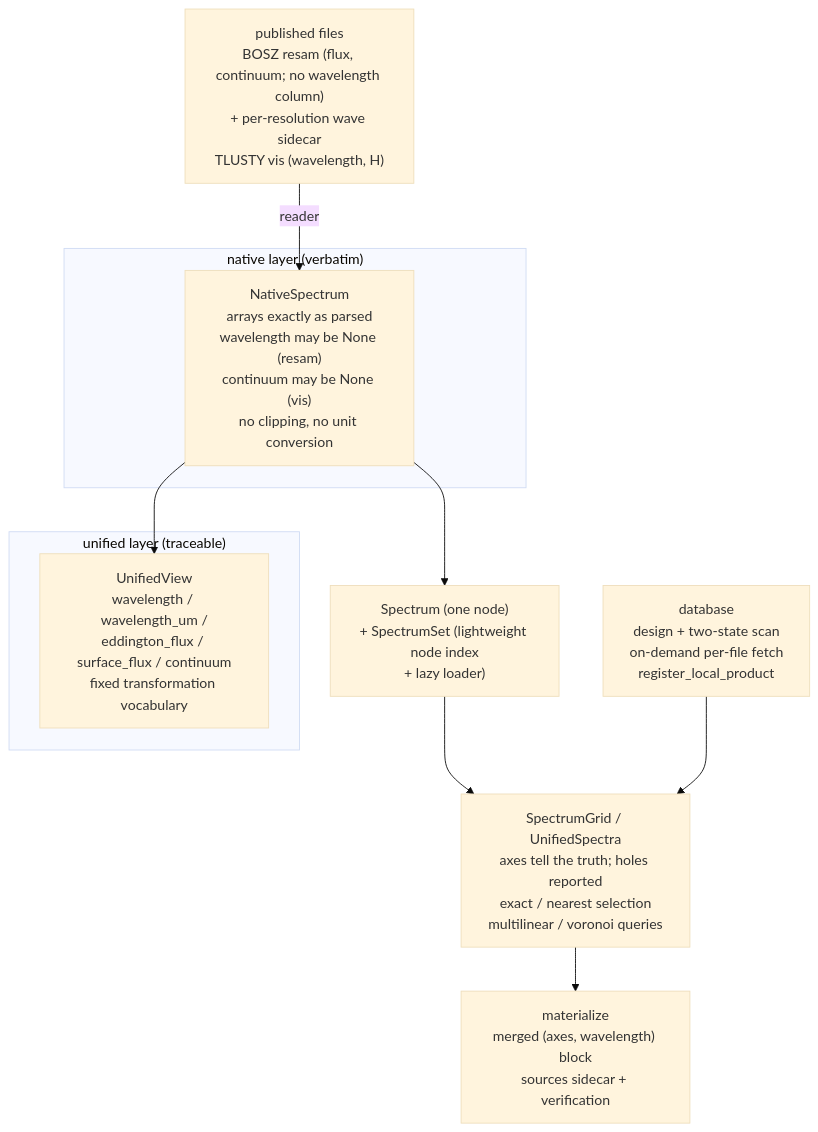
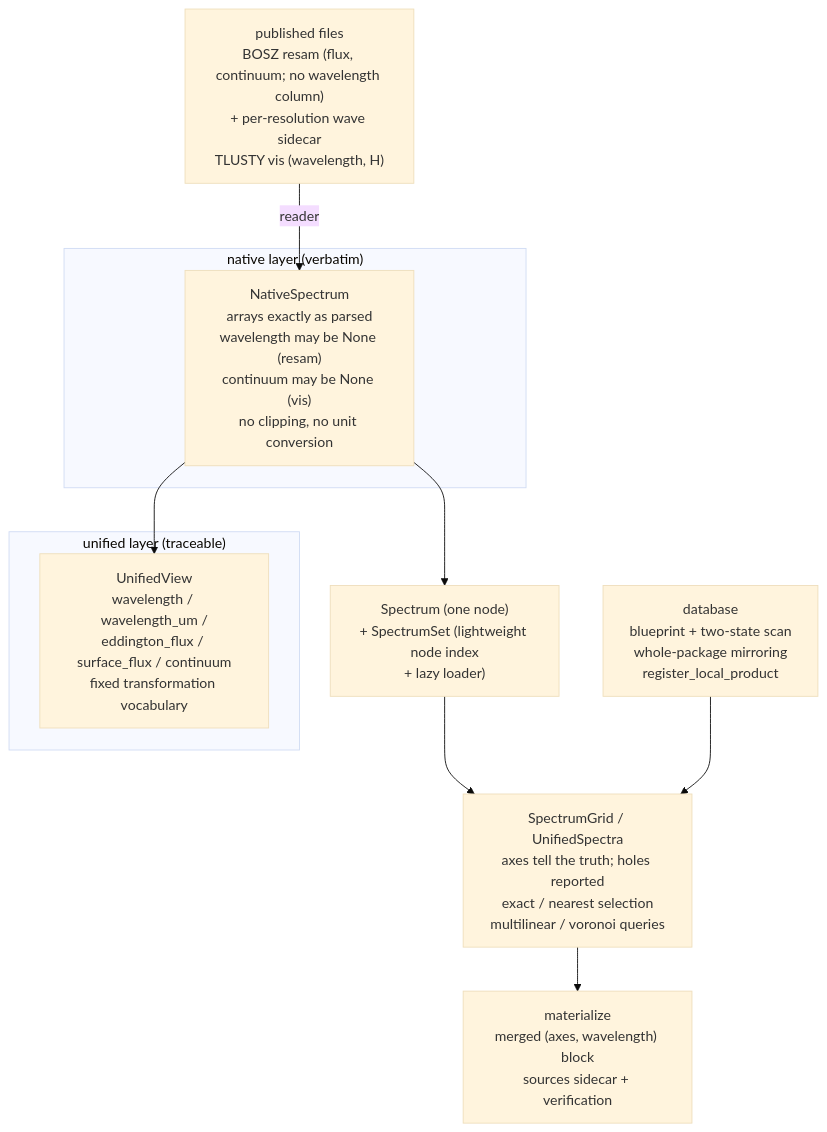
One commit to astro-jingtao/stellarlib changed the first of 2 diagrams in docs/architecture.md. Above: the diagram before and after it, drawn with Mermaid (base theme). The commit also changed other lines of this file and 7 other files, not shown here.

First line of the commit message:
docs: state the mirror model plainly across architecture, README, coverage

````diff
--- a/docs/architecture.md
+++ b/docs/architecture.md
@@ -14,18 +14,18 @@
 ```mermaid
 flowchart TB
     FILES["published files<br/>BOSZ resam (flux, continuum; no wavelength column)<br/>+ per-resolution wave sidecar<br/>TLUSTY vis (wavelength, H)"]
     subgraph NATIVE["native layer (verbatim)"]
         NS["NativeSpectrum<br/>arrays exactly as parsed<br/>wavelength may be None (resam)<br/>continuum may be None (vis)<br/>no clipping, no unit conversion"]
     end
     subgraph UNIFIED["unified layer (traceable)"]
         UV["UnifiedView<br/>wavelength / wavelength_um /<br/>eddington_flux / surface_flux / continuum<br/>fixed transformation vocabulary"]
     end
     SP["Spectrum (one node)<br/>+ SpectrumSet (lightweight node index<br/>+ lazy loader)"]
     GRID["SpectrumGrid / UnifiedSpectra<br/>axes tell the truth; holes reported<br/>exact / nearest selection<br/>multilinear / voronoi queries"]
-    DB["database<br/>design + two-state scan<br/>on-demand per-file fetch<br/>register_local_product"]
+    DB["database<br/>blueprint + two-state scan<br/>whole-package mirroring<br/>register_local_product"]
     MAT["materialize<br/>merged (axes, wavelength) block<br/>sources sidecar + verification"]
     FILES -->|"reader"| NS --> SP --> GRID
     NS --> UV
     GRID --> MAT
     DB --> GRID
 ```
````
